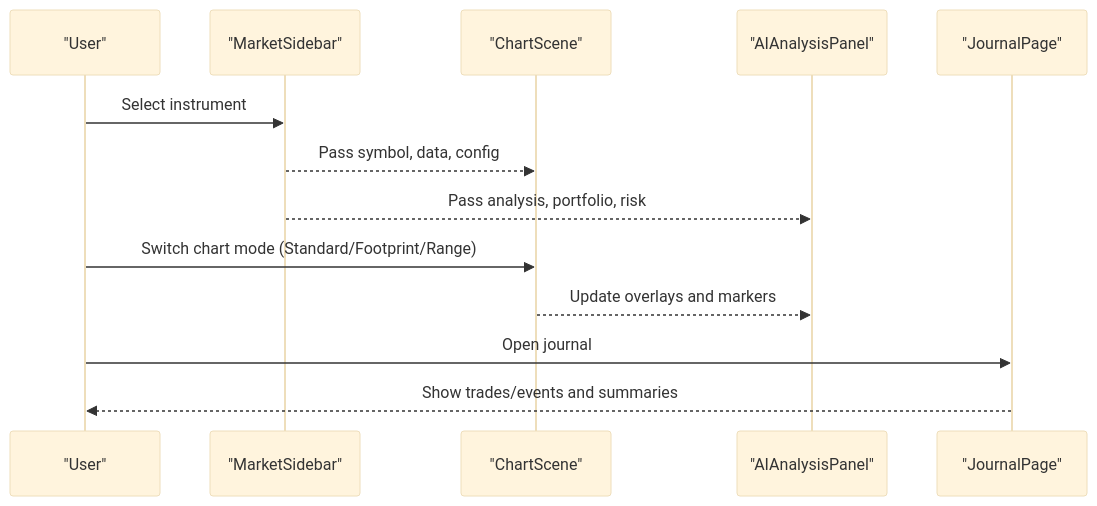
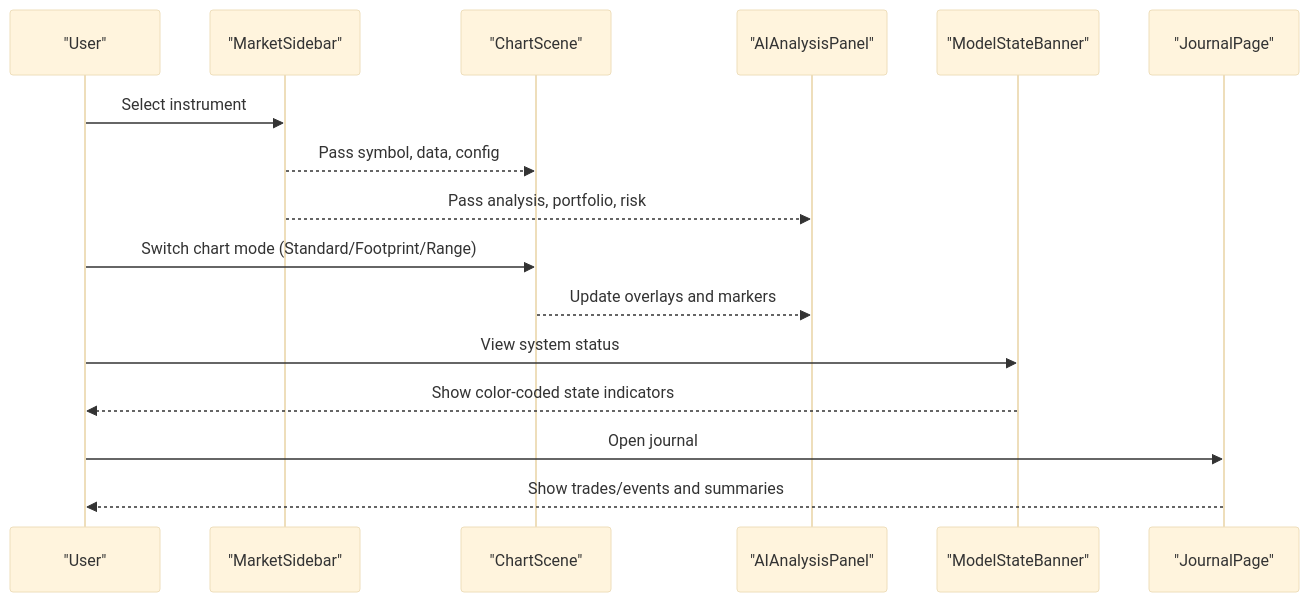
Before and after one commit to gemrajkhatry-maker/v5-of-glassytrade-ai: the second of 8 diagrams in .qoder/repowiki/en/content/Frontend Application/React Components/React Components.md, drawn with Mermaid (base theme). The commit also changed other lines of this file and 219 other files, not shown here.

First line of the commit message:
refactor: major architecture improvements across backend, backendv2, brokers, and frontend

````diff
--- a/.qoder/repowiki/en/content/Frontend Application/React Components/React Components.md
+++ b/.qoder/repowiki/en/content/Frontend Application/React Components/React Components.md
@@ -114,15 +131,18 @@
 ```mermaid
 sequenceDiagram
 participant User as "User"
 participant MS as "MarketSidebar"
 participant CS as "ChartScene"
 participant AIP as "AIAnalysisPanel"
+participant MB as "ModelStateBanner"
 participant JP as "JournalPage"
 User->>MS : Select instrument
 MS-->>CS : Pass symbol, data, config
 MS-->>AIP : Pass analysis, portfolio, risk
 User->>CS : Switch chart mode (Standard/Footprint/Range)
 CS-->>AIP : Update overlays and markers
+User->>MB : View system status
+MB-->>User : Show color-coded state indicators
 User->>JP : Open journal
 JP-->>User : Show trades/events and summaries
 ```
````
